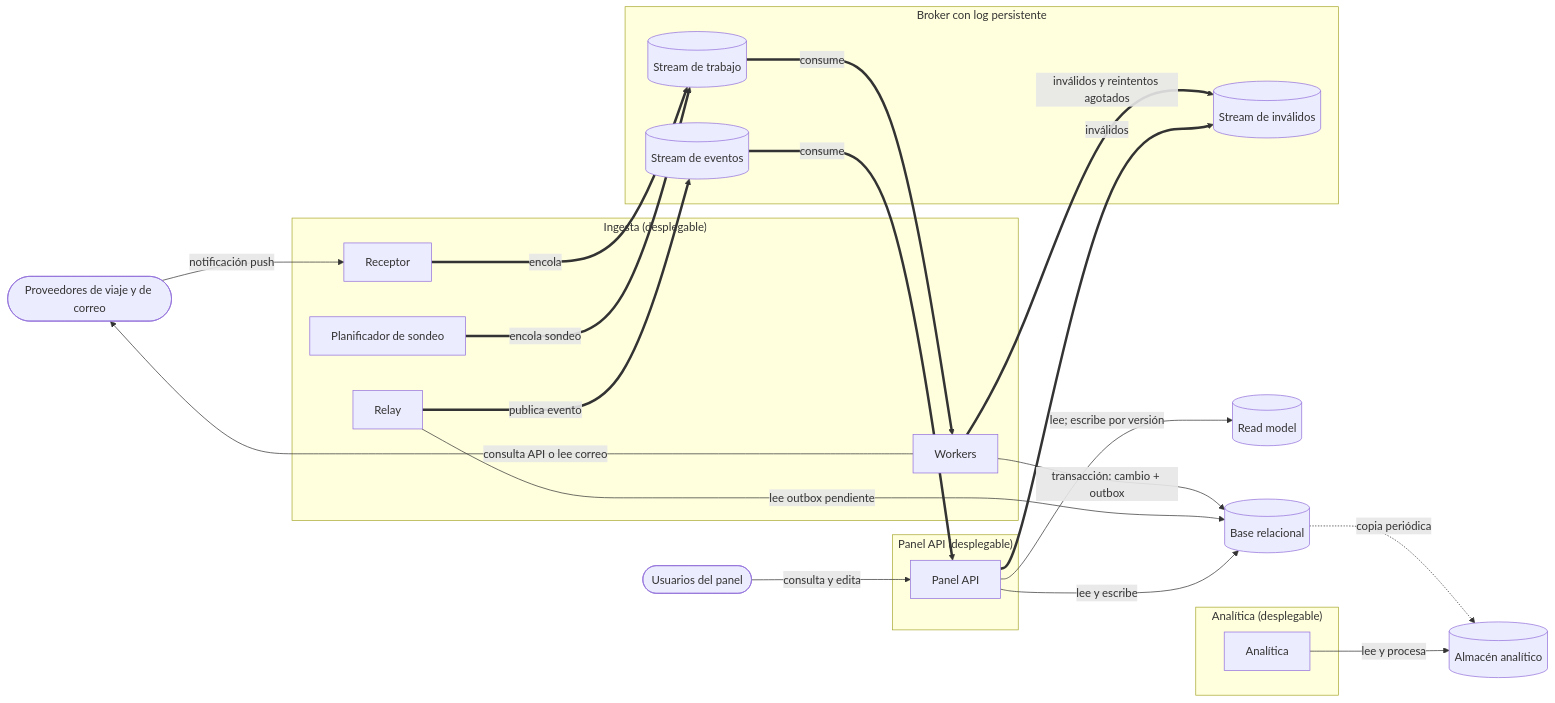
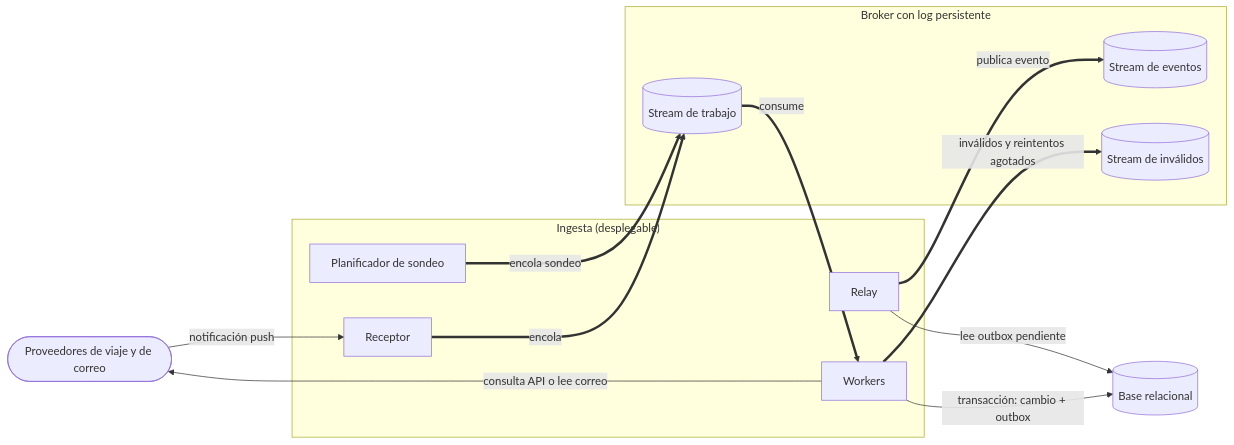
One commit to matiascanova/TPE_SOFTWARE changed the first of 2 diagrams in Iteracion-1.md. Above: the diagram before and after it, drawn with Mermaid. The commit also changed other lines of this file, not shown here.

````diff
--- a/Iteracion-1.md
+++ b/Iteracion-1.md
@@ -147,47 +113,29 @@
 ```mermaid
 flowchart LR
-  Usuarios(["Usuarios del panel"])
   Proveedores(["Proveedores de viaje y de correo"])
 
   subgraph Ingesta["Ingesta (desplegable)"]
     Receptor["Receptor"]
     Planificador["Planificador de sondeo"]
     Workers["Workers"]
     Relay["Relay"]
   end
 
-  subgraph PanelD["Panel API (desplegable)"]
-    PanelAPI["Panel API"]
-  end
-
-  subgraph AnaliticaD["Analítica (desplegable)"]
-    Analitica["Analítica"]
-  end
-
   subgraph Broker["Broker con log persistente"]
     SWork[("Stream de trabajo")]
     SEv[("Stream de eventos")]
     SInv[("Stream de inválidos")]
   end
 
   Base[("Base relacional")]
-  ReadModel[("Read model")]
-  AlmAn[("Almacén analítico")]
 
   Proveedores -->|"notificación push"| Receptor
   Receptor ==>|"encola"| SWork
   Planificador ==>|"encola sondeo"| SWork
   SWork ==>|"consume"| Workers
   Workers -->|"consulta API o lee correo"| Proveedores
   Workers -->|"transacción: cambio + outbox"| Base
   Workers ==>|"inválidos y reintentos agotados"| SInv
   Relay -->|"lee outbox pendiente"| Base
   Relay ==>|"publica evento"| SEv
-  SEv ==>|"consume"| PanelAPI
-  PanelAPI ==>|"inválidos"| SInv
-  Usuarios -->|"consulta y edita"| PanelAPI
-  PanelAPI -->|"lee y escribe"| Base
-  PanelAPI -->|"lee; escribe por versión"| ReadModel
-  Base -.->|"copia periódica"| AlmAn
-  Analitica -->|"lee y procesa"| AlmAn
 ```
````
